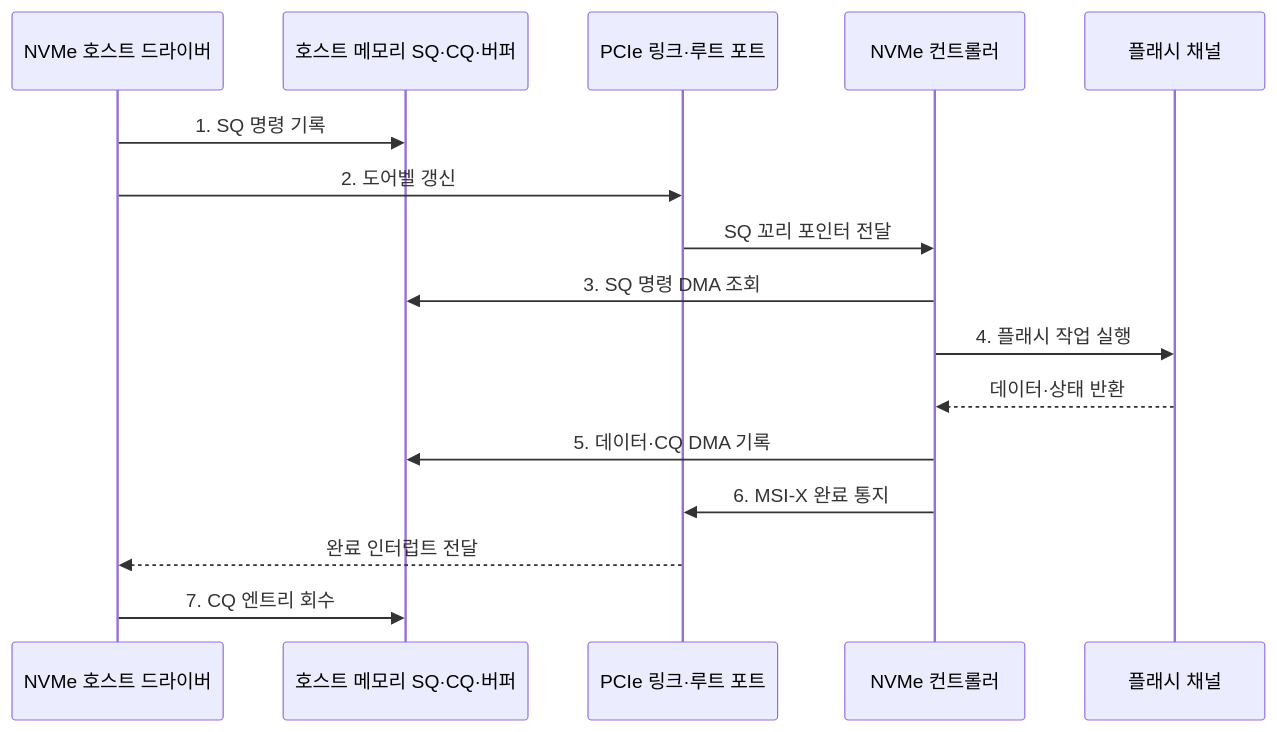
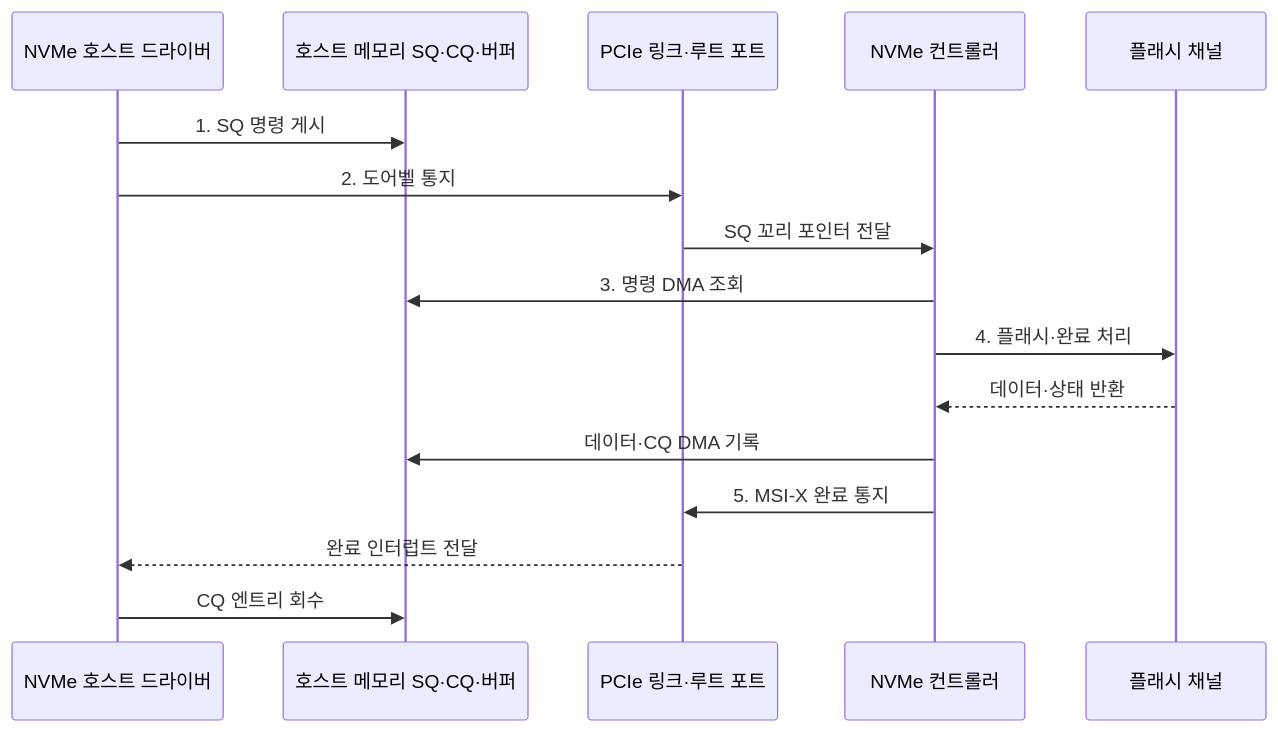
One commit to agnusdei1207/knowledge-base changed the second of 2 diagrams in src/content/docs/notes/02-hardware/029_nvme_pcie_interface.md. Above: the diagram before and after it, drawn with Mermaid. The commit also changed other lines of this file and 86 other files, not shown here.

````diff
--- a/src/content/docs/notes/02-hardware/029_nvme_pcie_interface.md
+++ b/src/content/docs/notes/02-hardware/029_nvme_pcie_interface.md
@@ -89,19 +89,19 @@
 ```mermaid
 sequenceDiagram
     participant D as NVMe 호스트 드라이버
     participant Q as 호스트 메모리 SQ·CQ·버퍼
     participant P as PCIe 링크·루트 포트
     participant C as NVMe 컨트롤러
     participant F as 플래시 채널
 
-    D->>Q: 1. SQ 명령 기록
-    D->>P: 2. 도어벨 갱신
+    D->>Q: 1. SQ 명령 게시
+    D->>P: 2. 도어벨 통지
     P->>C: SQ 꼬리 포인터 전달
-    C->>Q: 3. SQ 명령 DMA 조회
-    C->>F: 4. 플래시 작업 실행
+    C->>Q: 3. 명령 DMA 조회
+    C->>F: 4. 플래시·완료 처리
     F-->>C: 데이터·상태 반환
-    C->>Q: 5. 데이터·CQ DMA 기록
-    C->>P: 6. MSI-X 완료 통지
+    C->>Q: 데이터·CQ DMA 기록
+    C->>P: 5. MSI-X 완료 통지
     P-->>D: 완료 인터럽트 전달
-    D->>Q: 7. CQ 엔트리 회수
+    D->>Q: CQ 엔트리 회수
 ```
````
